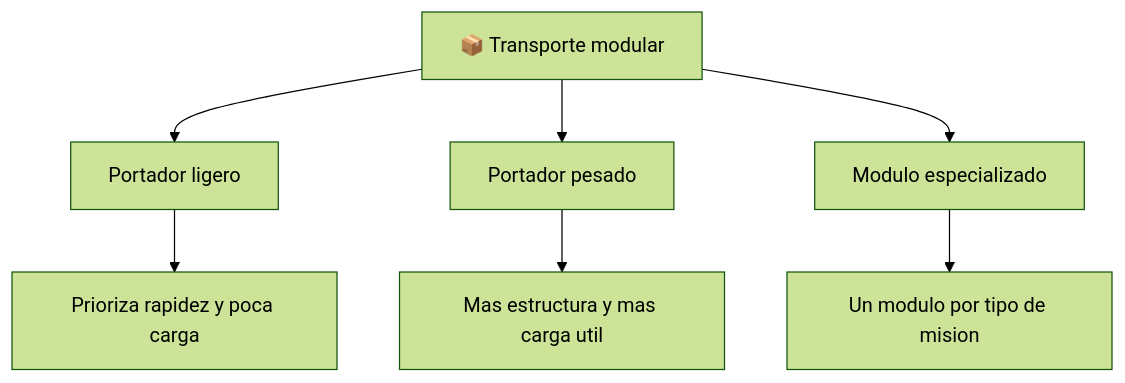
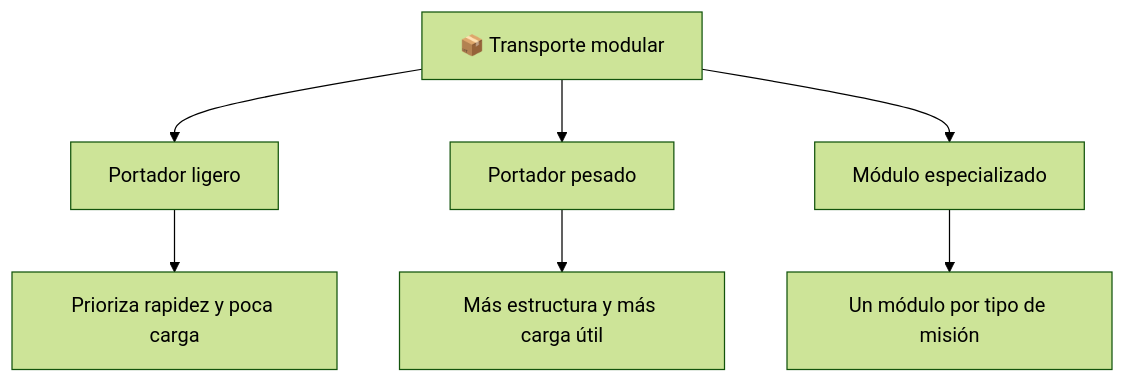
One commit to vladimiracunadev-create/machine-operator-program changed the diagram in vehiculos-fantasticos/thunderbird-2/operacion/caracteristicas-thunderbird-2.md. Above: the diagram before and after it, drawn with Mermaid (forest theme). The commit also changed other lines of this file and 442 other files, not shown here.

````diff
--- a/vehiculos-fantasticos/thunderbird-2/operacion/caracteristicas-thunderbird-2.md
+++ b/vehiculos-fantasticos/thunderbird-2/operacion/caracteristicas-thunderbird-2.md
@@ -38,9 +38,9 @@
 ```mermaid
 flowchart TD
     Transporte[📦 Transporte modular] --> Ligero[Portador ligero]
     Transporte --> Pesado[Portador pesado]
-    Transporte --> Especial[Modulo especializado]
+    Transporte --> Especial[Módulo especializado]
     Ligero --> Agil[Prioriza rapidez y poca carga]
-    Pesado --> Masa[Mas estructura y mas carga util]
-    Especial --> Mision[Un modulo por tipo de mision]
+    Pesado --> Masa[Más estructura y más carga útil]
+    Especial --> Mision[Un módulo por tipo de misión]
 ```
````
